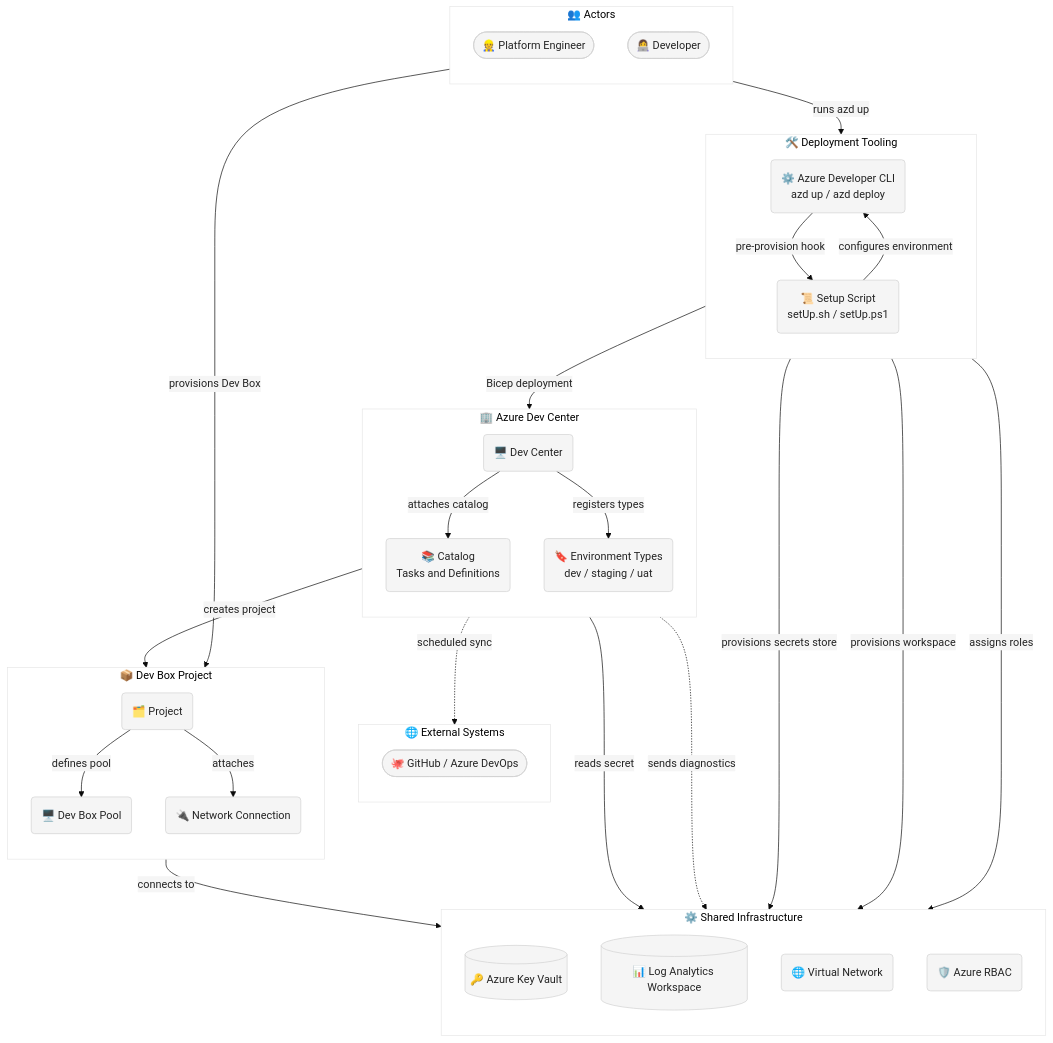
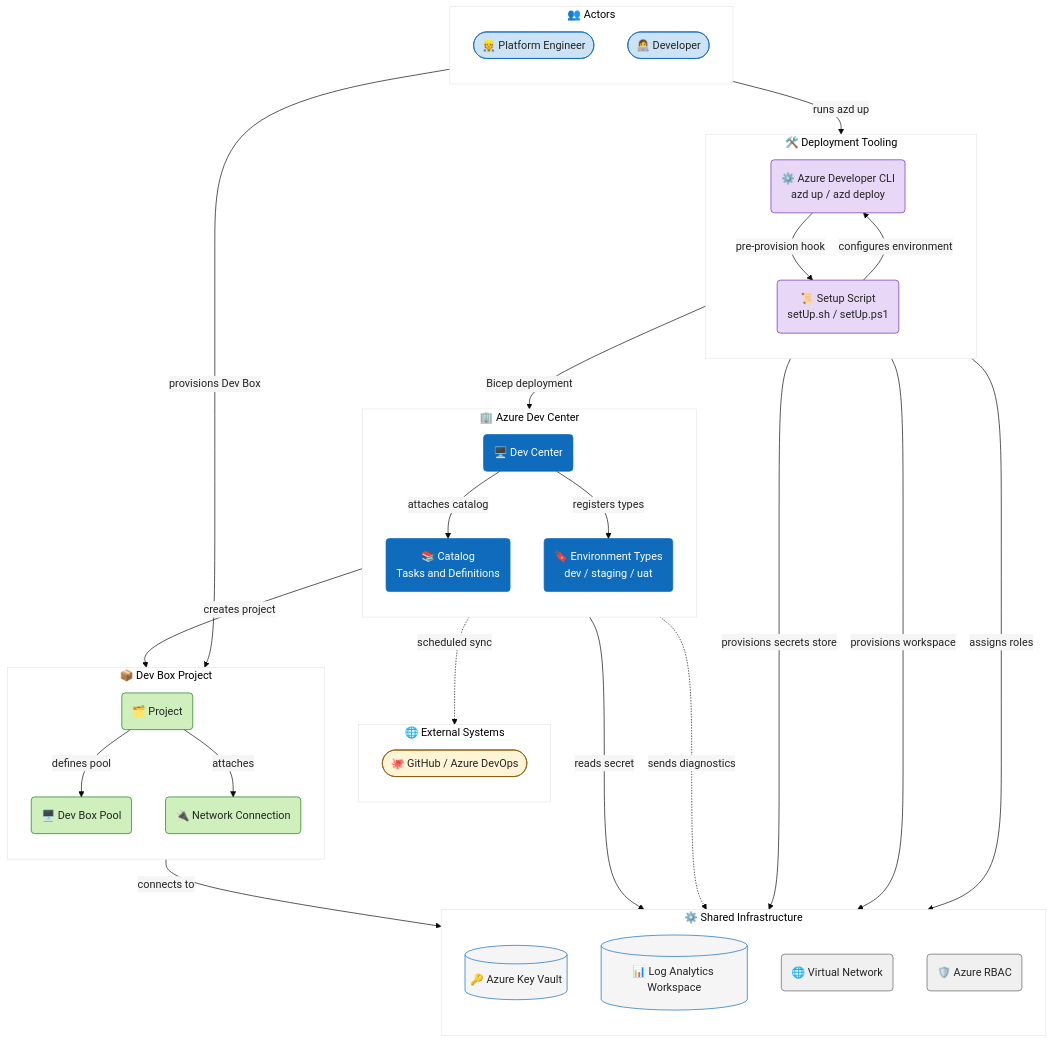
One commit to Evilazaro/DevExp-DevBox changed the diagram in README.md. Above: the diagram before and after it, drawn with Mermaid.

Commit message:
Add class definitions and assignments to README.md for improved diagram clarity

````diff
--- a/README.md
+++ b/README.md
@@ -141,5 +141,22 @@
 NetworkConn --> |"connects to"| VNet
 Developer --> |"provisions Dev Box"| Pool
 
+%% ── Class Definitions ───────────────────────────────────────────────────────
+classDef actor fill:#cce3f5,stroke:#0f6cbd,color:#242424
+classDef tooling fill:#e9d7f7,stroke:#6b2faa,color:#242424
+classDef external fill:#fff4d6,stroke:#835b00,color:#242424
+classDef devcenterNode fill:#0f6cbd,stroke:#0f6cbd,color:#ffffff
+classDef projectNode fill:#cff0bd,stroke:#107c10,color:#242424
+classDef infraNode fill:#f0f0f0,stroke:#616161,color:#242424
+classDef datastore fill:#f5f5f5,stroke:#0f6cbd,color:#242424
+
+%% ── Class Assignments ───────────────────────────────────────────────────────
+class PlatformEngineer,Developer actor
+class AZD,SetupScript tooling
+class GitHubADO external
+class DevCenter,Catalog,EnvType devcenterNode
+class Project,Pool,NetworkConn projectNode
+class VNet,RBAC infraNode
+class KeyVault,LogAnalytics datastore
 
 ```
````
